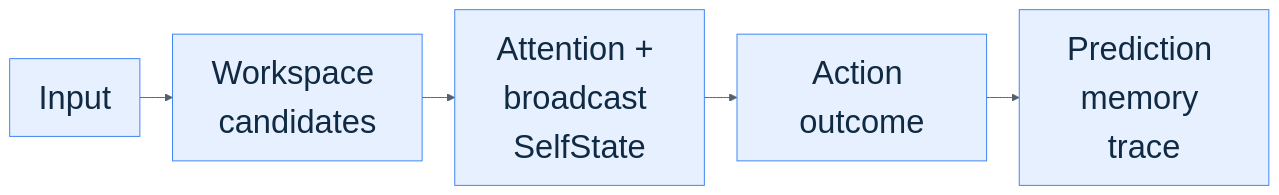
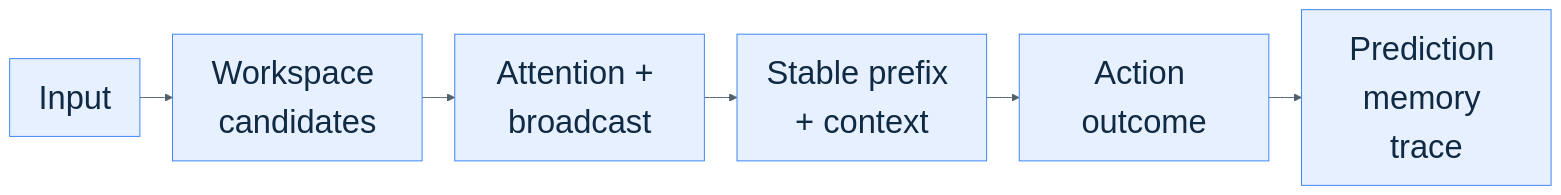
Before and after one commit to Libertai/conscio: the second of 5 diagrams in docs/paper.md, drawn with Mermaid. The commit also changed other lines of this file and 3 other files, not shown here.

Commit message:
Update consciousness architecture documentation

````diff
--- a/docs/paper.md
+++ b/docs/paper.md
@@ -171,8 +181,9 @@
 ```mermaid
 %%{init: {"theme": "base", "themeVariables": {"fontFamily": "Inter, Arial, sans-serif", "fontSize": "34px", "primaryColor": "#e6f0ff", "primaryBorderColor": "#3b82f6", "primaryTextColor": "#102a43", "lineColor": "#52606d"}, "flowchart": {"htmlLabels": false, "nodeSpacing": 22, "rankSpacing": 34, "curve": "basis"}}}%%
 flowchart LR
     INPUT["Input"] --> CANDIDATES["Workspace candidates"]
-    CANDIDATES --> ATTENTION["Attention + broadcast SelfState"]
-    ATTENTION --> ACTION["Action outcome"]
+    CANDIDATES --> ATTENTION["Attention + broadcast"]
+    ATTENTION --> CONTEXT["Stable prefix + context"]
+    CONTEXT --> ACTION["Action outcome"]
     ACTION --> REVIEW["Prediction memory trace"]
 ```
````
